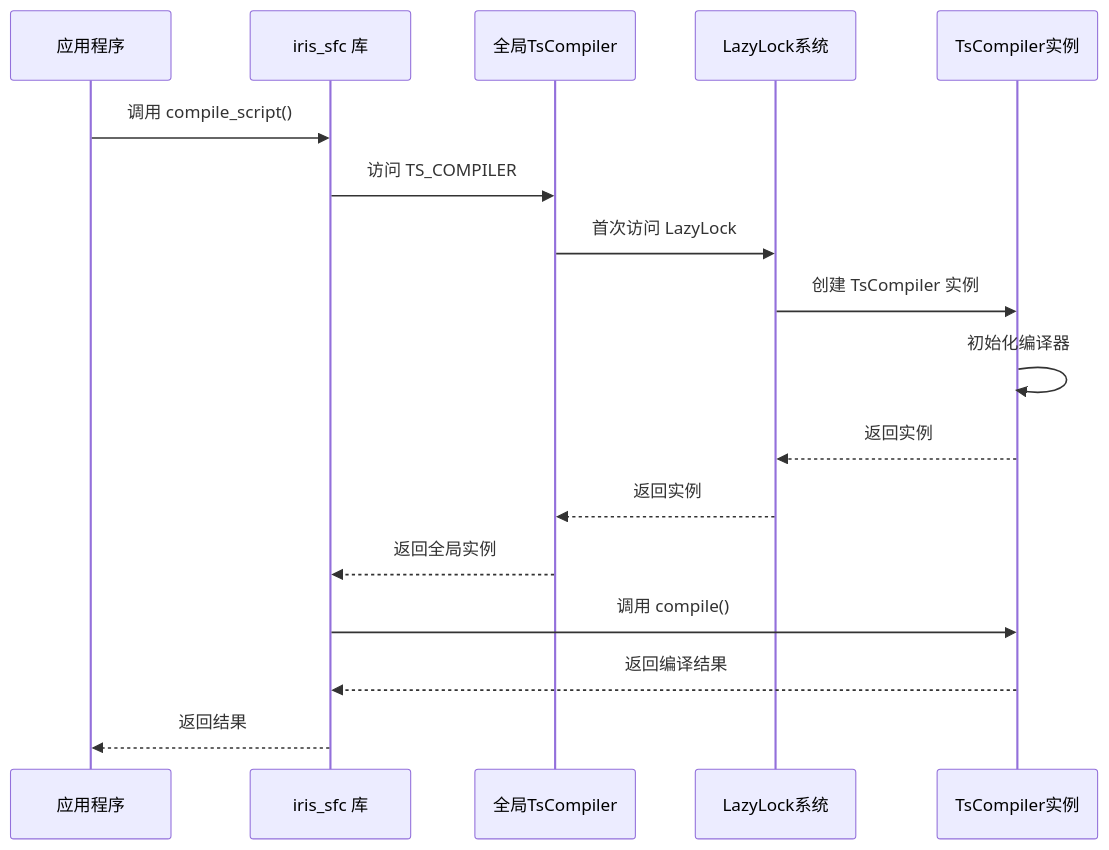
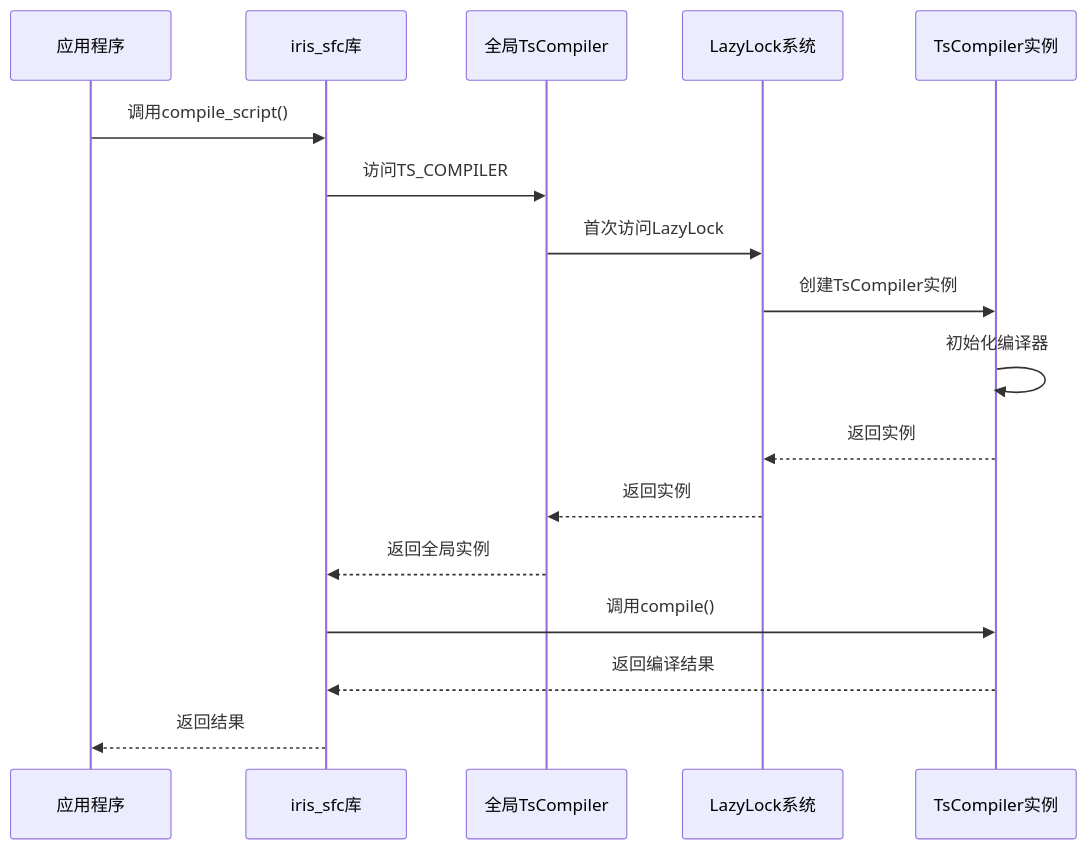
The ninth of 23 diagrams in .qoder/repowiki/zh/content/技术架构详解/即时转译系统/SFC编译器初始化机制/SFC编译器初始化机制.md (itszzl-sudo/iris), drawn with Mermaid before and after one commit. The commit also changed other lines of this file and 7 other files, not shown here.

````diff
--- a/.qoder/repowiki/zh/content/技术架构详解/即时转译系统/SFC编译器初始化机制/SFC编译器初始化机制.md
+++ b/.qoder/repowiki/zh/content/技术架构详解/即时转译系统/SFC编译器初始化机制/SFC编译器初始化机制.md
@@ -434,19 +435,19 @@
 ```mermaid
 sequenceDiagram
 participant App as 应用程序
-participant Lib as iris_sfc 库
+participant Lib as iris_sfc库
 participant GlobalTs as 全局TsCompiler
 participant Lazy as LazyLock系统
 participant TsCompiler as TsCompiler实例
-App->>Lib : 调用 compile_script()
-Lib->>GlobalTs : 访问 TS_COMPILER
-GlobalTs->>Lazy : 首次访问 LazyLock
-Lazy->>TsCompiler : 创建 TsCompiler 实例
+App->>Lib : 调用compile_script()
+Lib->>GlobalTs : 访问TS_COMPILER
+GlobalTs->>Lazy : 首次访问LazyLock
+Lazy->>TsCompiler : 创建TsCompiler实例
 TsCompiler->>TsCompiler : 初始化编译器
 TsCompiler-->>Lazy : 返回实例
 Lazy-->>GlobalTs : 返回实例
 GlobalTs-->>Lib : 返回全局实例
-Lib->>TsCompiler : 调用 compile()
+Lib->>TsCompiler : 调用compile()
 TsCompiler-->>Lib : 返回编译结果
 Lib-->>App : 返回结果
 ```
````
